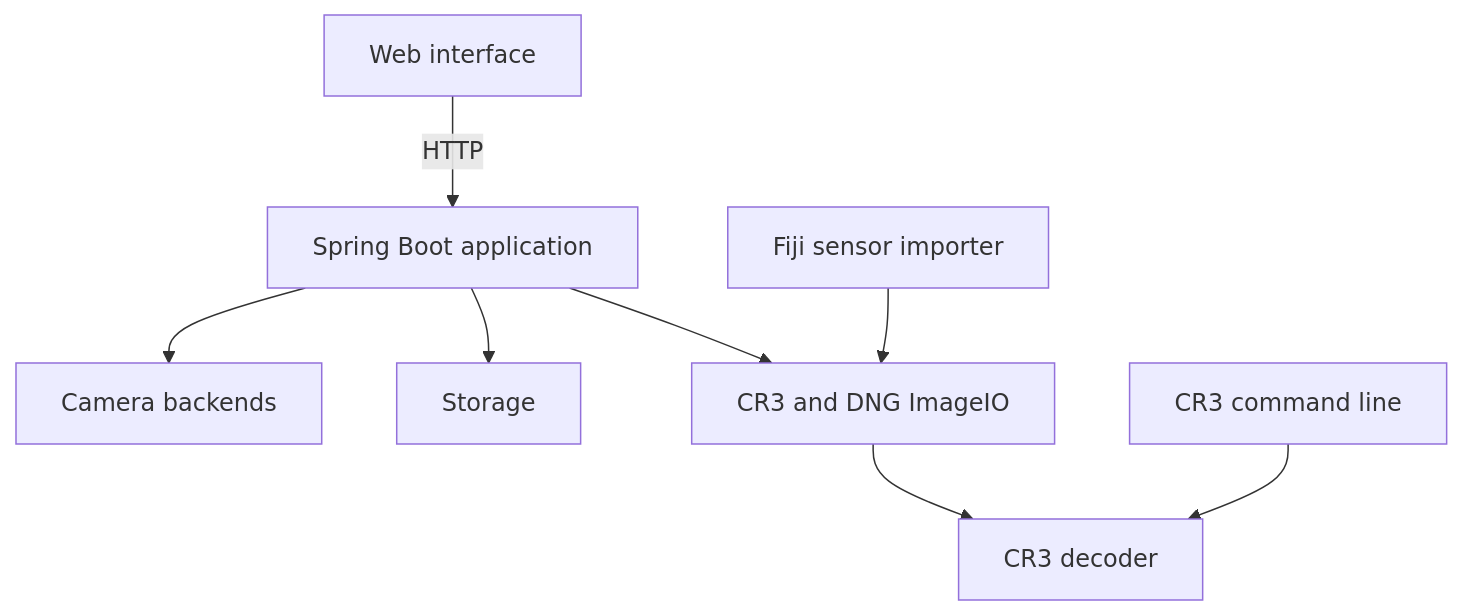
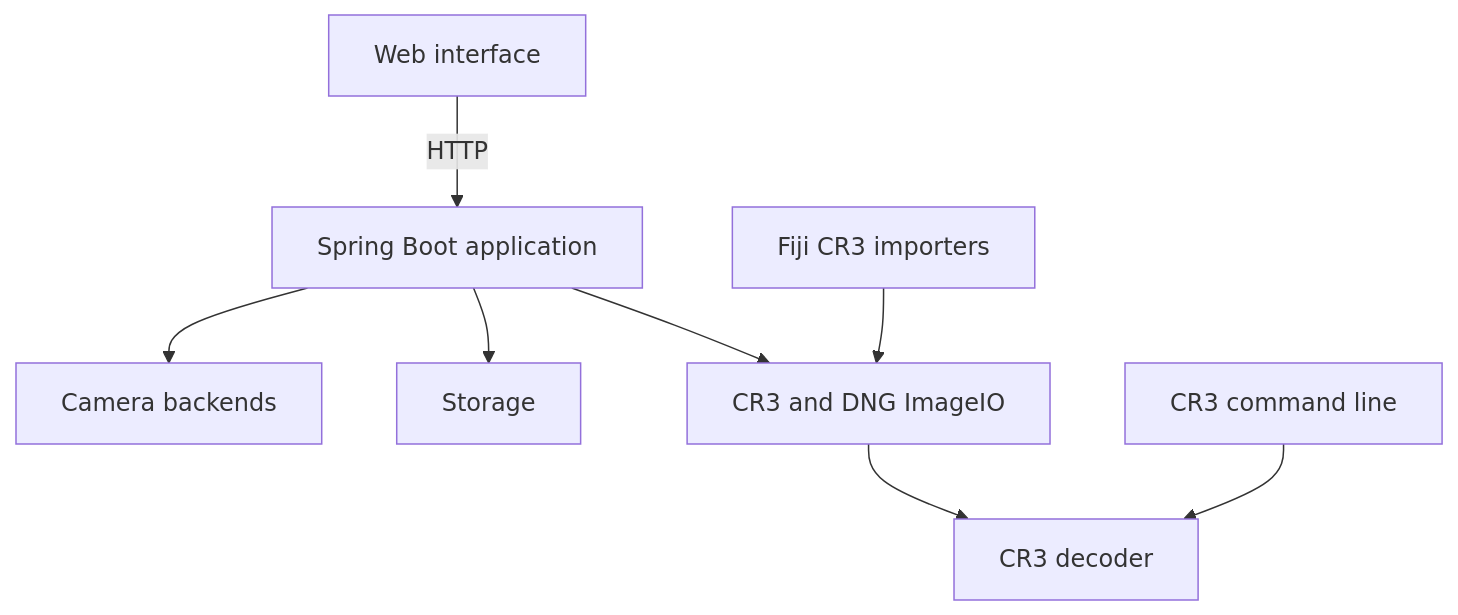
Before and after one commit to carstenartur/Photographer: the diagram in README.md, drawn with Mermaid. The commit also changed 31 other files, not shown here.

````diff
--- a/README.md
+++ b/README.md
@@ -59,10 +59,10 @@
 ```mermaid
 flowchart TD
     UI["Web interface"] -->|HTTP| APP["Spring Boot application"]
     APP --> CAM["Camera backends"]
     APP --> DB["Storage"]
     APP --> IO["CR3 and DNG ImageIO"]
-    FIJI["Fiji sensor importer"] --> IO
+    FIJI["Fiji CR3 importers"] --> IO
     IO --> CORE["CR3 decoder"]
     CLI["CR3 command line"] --> CORE
 ```
````
